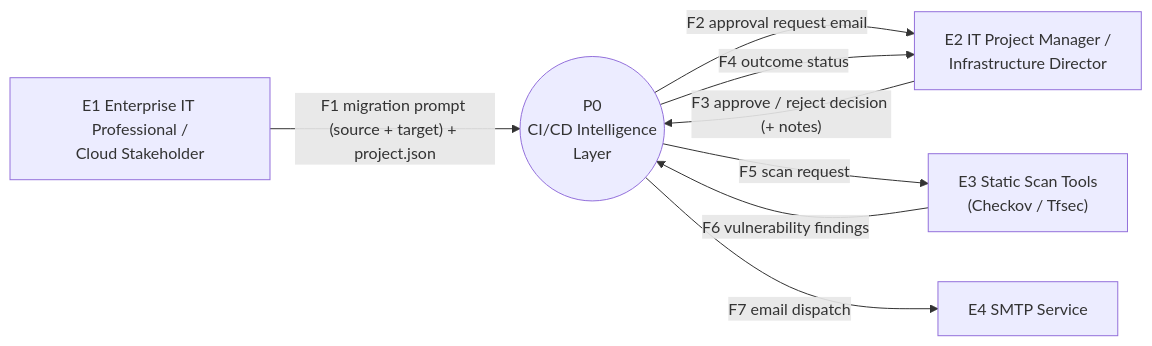
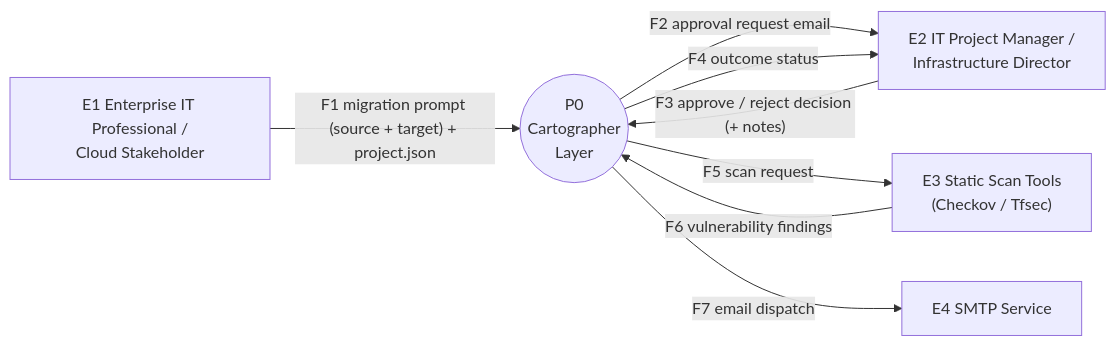
The first of 5 diagrams in docs/01-dfd.md (sanjanamohanty25/Cartographer), drawn with Mermaid before and after one commit. The commit also changed other lines of this file and 7 other files, not shown here.

Commit message:
docs: formalize system architecture and scope decisions in design documentation and initialize core dashboard frontend structure

````diff
--- a/docs/01-dfd.md
+++ b/docs/01-dfd.md
@@ -23,17 +23,17 @@
 ```mermaid
 flowchart LR
     E1["E1 Enterprise IT Professional /<br/>Cloud Stakeholder"]
     E2["E2 IT Project Manager /<br/>Infrastructure Director"]
     E3["E3 Static Scan Tools<br/>(Checkov / Tfsec)"]
     E4["E4 SMTP Service"]
 
-    S(("P0<br/>CI/CD Intelligence<br/>Layer"))
+    S(("P0<br/>Cartographer<br/>Layer"))
 
     E1 -- "F1 migration prompt (source + target) + project.json" --> S
     S -- "F2 approval request email" --> E2
     E2 -- "F3 approve / reject decision (+ notes)" --> S
     S -- "F4 outcome status" --> E2
     S -- "F5 scan request" --> E3
     E3 -- "F6 vulnerability findings" --> S
     S -- "F7 email dispatch" --> E4
 ```
````
